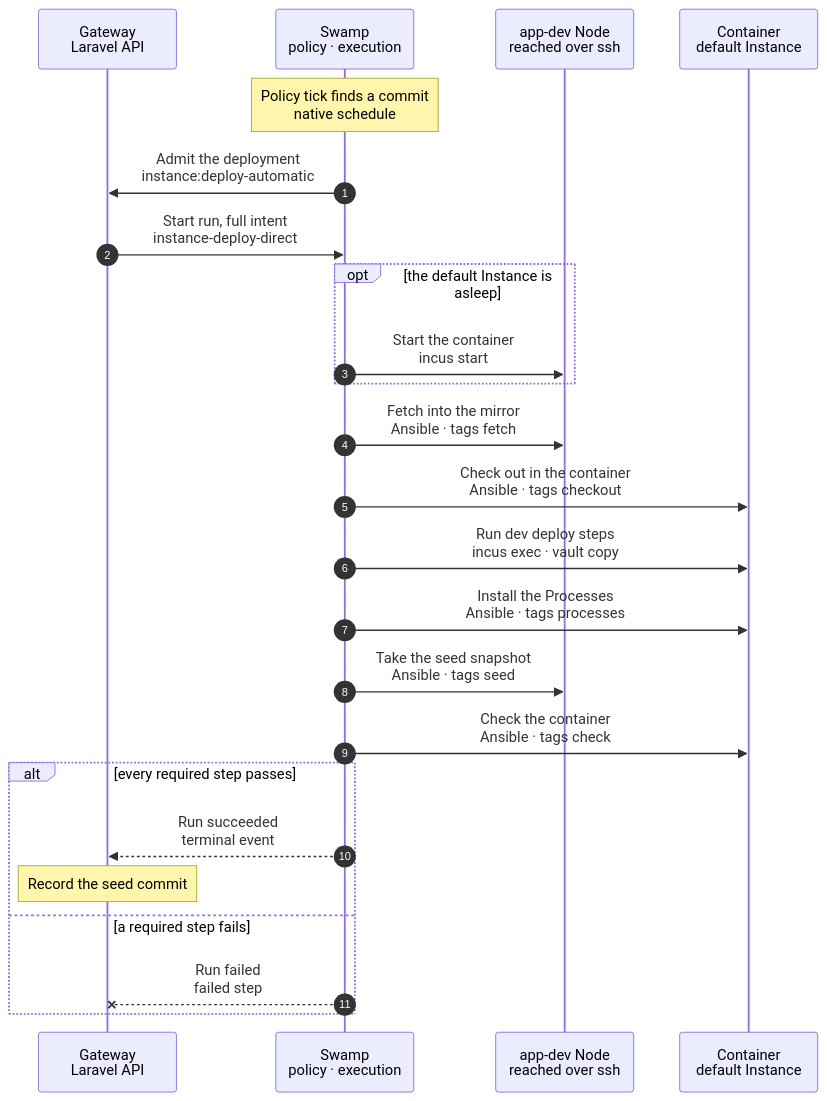
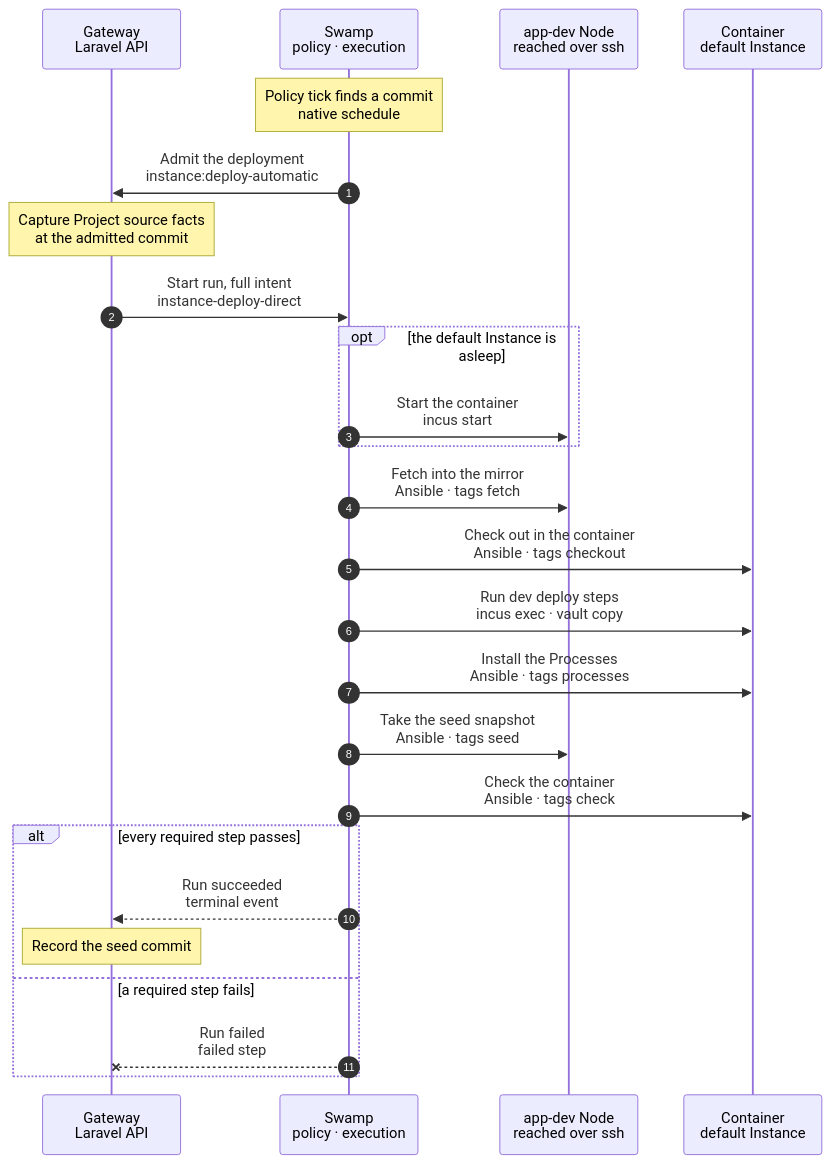
One commit to hardimpactdev/orbit changed the diagram in docs/cli/instance/container/deploy-default.mmd. Above: the diagram before and after it, drawn with Mermaid. The commit also changed 13 other files, not shown here.

Commit message:
feat(instances): refresh default source facts at the deployed commit

```diff
--- a/docs/cli/instance/container/deploy-default.mmd
+++ b/docs/cli/instance/container/deploy-default.mmd
@@ -1,56 +1,60 @@
 sequenceDiagram
   %% Target design, container runtime (ADR 0250 step 3, docs/reference/development-containers.md#the-default-instance): the automatic development deployment of docs/reference/deployments.md, in the default Instance's container. Swamp's policy finds the commit, as it does today; the Gateway admits the deployment and records its result. When the charts move into place, this becomes the development branch of the deploy chart.
   %% status: draft
   %% command: none · automatic deployment policy
   %% kind: instance.deploy
   autonumber
   %% lane GW icon=gateway pill=intent tone=blue
   %% lane SW icon=workflow pill=executes tone=green
   %% lane N icon=server pill=target tone=amber
   %% lane C icon=server pill=target tone=purple
   participant GW as Gateway<br/>Laravel API
   participant SW as Swamp<br/>policy · execution
   participant N as app-dev Node<br/>reached over ssh
   participant C as Container<br/>default Instance
   Note over SW: Policy tick finds a commit<br/>native schedule
   %%> What it does:
   %%> - Swamp's automatic deployment policy reads the default branch head and the checks, as it does today; it owns discovery, backoff and the retry limit
   SW->>GW: Admit the deployment<br/>instance:deploy-automatic
   %%> What it does:
   %%> - the Gateway admits `instance.deploy` for that exact commit, with the Instance lock and a repository read token in the vault
+  Note over GW: Capture Project source facts<br/>at the admitted commit
+  %%> What it does:
+  %%> - uses the same capture as project:update before freezing the container intent; see /reference/deployments#container-source-facts
+  %%> - refuses admission when capture or source classification fails
   GW->>SW: Start run, full intent<br/>instance-deploy-direct
   opt the default Instance is asleep
     SW->>N: Start the container<br/>incus start
   end
   SW->>N: Fetch into the mirror<br/>Ansible · tags fetch
   %%> What it does:
   %%> - fetches into the Node's mirror and pushes the branch into the container as a bundle; the token never enters the container
   %%> - a pinned commit off the branch's first-parent chain refuses `deployment.commit_not_on_branch`
   SW->>C: Check out in the container<br/>Ansible · tags checkout
   %%> What it does:
   %%> - the same checks as a checkout default: a dirty tree refuses `deployment.checkout_dirty`, a diverged branch `deployment.branch_diverged`
   SW->>C: Run dev deploy steps<br/>incus exec · vault copy
   %%> What it does:
   %%> - the Project's development deploy steps, as `orbit`: they install changed dependencies and migrate
   SW->>C: Install the Processes<br/>Ansible · tags processes
   %%> What it does:
   %%> - installs the Project's new and changed development Process definitions as `orbit-*` units, with their environment files from the vault
   %%> - restarts a changed unit and removes a former environment file
   SW->>N: Take the seed snapshot<br/>Ansible · tags seed
   %%> What it does:
   %%> - stops the default's Processes for a moment, snapshots the container and starts them again, so clones copy no half-written file
   %%> - deletes older seed snapshots that no clone uses
   %%> - starting the units again restarts every running Process on the new commit, such as a queue worker
   SW->>C: Check the container<br/>Ansible · tags check
   %%> What it does:
   %%> - the branch is checked out at the commit and the units are active, else `deployment.branch_changed` or `deployment.processes_inactive`
   alt every required step passes
     SW-->>GW: Run succeeded<br/>terminal event
     Note over GW: Record the seed commit
     %%> Result:
     %%> - new clones start at this snapshot; existing clones do not change
   else a required step fails
     SW--xGW: Run failed<br/>failed step
     %%> Result:
     %%> - no new seed snapshot is taken, so clones keep starting at the last commit that deployed; Swamp's policy retries after its backoff
   end
```
